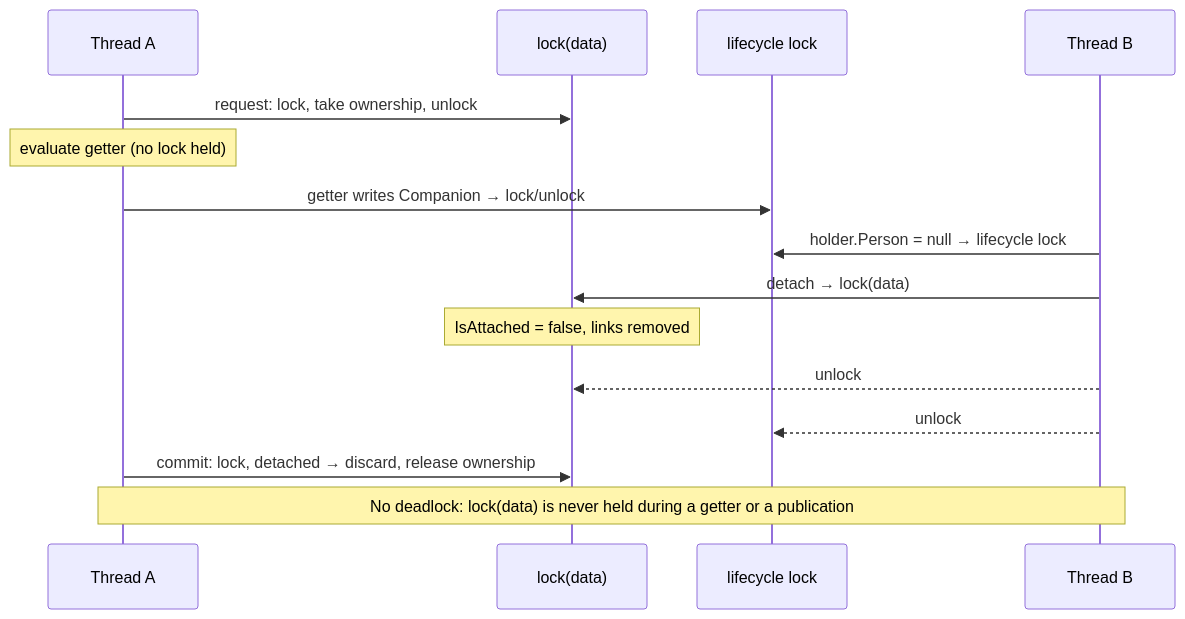
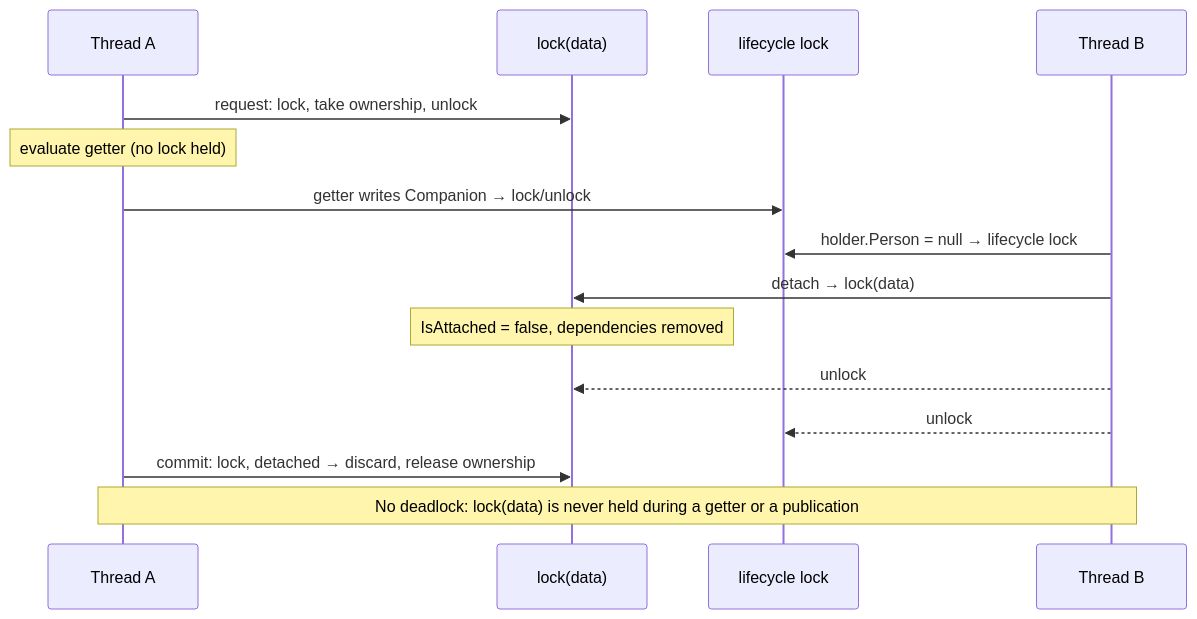
Before and after one commit to RicoSuter/Namotion.Interceptor: the second of 2 diagrams in docs/design/tracking-derived-properties.md, drawn with Mermaid. The commit also changed other lines of this file and 15 other files, not shown here.

Commit message:
refactor: name dependency links dependencies throughout

````diff
--- a/docs/design/tracking-derived-properties.md
+++ b/docs/design/tracking-derived-properties.md
@@ -327,18 +329,18 @@
 ```mermaid
 sequenceDiagram
     participant A as Thread A
     participant DL as lock(data)
     participant AL as lifecycle lock
     participant B as Thread B
 
     A->>DL: request: lock, take ownership, unlock
     Note over A: evaluate getter (no lock held)
     A->>AL: getter writes Companion → lock/unlock
     B->>AL: holder.Person = null → lifecycle lock
     B->>DL: detach → lock(data)
-    Note over DL: IsAttached = false, links removed
+    Note over DL: IsAttached = false, dependencies removed
     B-->>DL: unlock
     B-->>AL: unlock
     A->>DL: commit: lock, detached → discard, release ownership
     Note over A,B: No deadlock: lock(data) is never held during a getter or a publication
 ```
````
